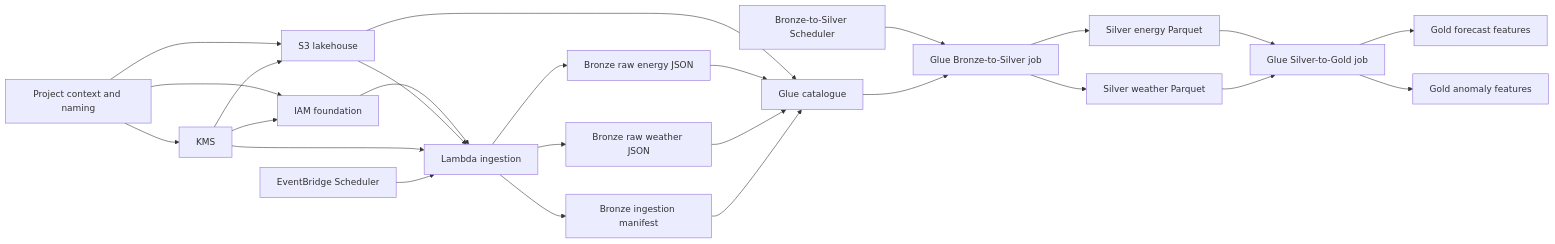
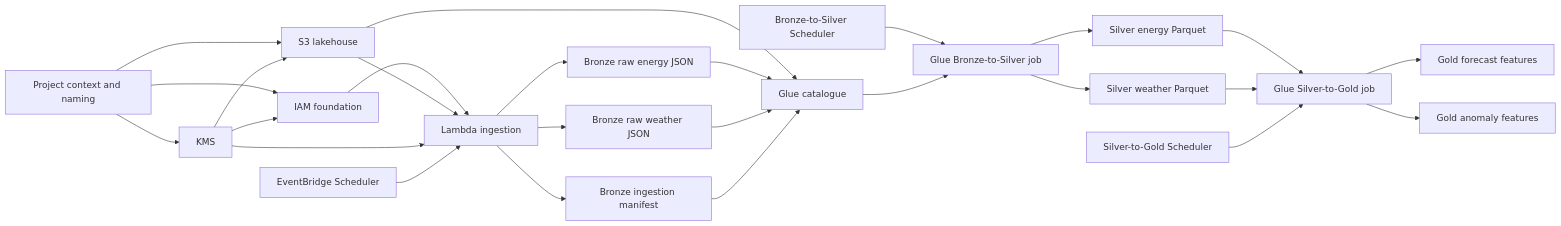
One commit to Ch3rry-Pi3-AWS/AWS-MLOps-EnergyForecasting-AnomalyDetection changed the first of 3 diagrams in README.md. Above: the diagram before and after it, drawn with Mermaid. The commit also changed other lines of this file and 8 other files, not shown here.

Commit message:
Add scheduled Silver-to-Gold Glue orchestration

````diff
--- a/README.md
+++ b/README.md
@@ -112,27 +115,28 @@
 ```mermaid
 flowchart LR
     A[Project context and naming] --> B[KMS]
     A --> C[S3 lakehouse]
     A --> D[IAM foundation]
     B --> C
     B --> D
     D --> E[Lambda ingestion]
     C --> E
     B --> E
     F[EventBridge Scheduler] --> E
     E --> G[Bronze raw energy JSON]
     E --> H[Bronze raw weather JSON]
     E --> I[Bronze ingestion manifest]
     C --> J[Glue catalogue]
     G --> J
     H --> J
     I --> J
     N[Bronze-to-Silver Scheduler] --> K
     J --> K[Glue Bronze-to-Silver job]
     K --> L[Silver energy Parquet]
     K --> M[Silver weather Parquet]
     L --> O[Glue Silver-to-Gold job]
     M --> O
+    R[Silver-to-Gold Scheduler] --> O
     O --> P[Gold forecast features]
     O --> Q[Gold anomaly features]
 ```
````
